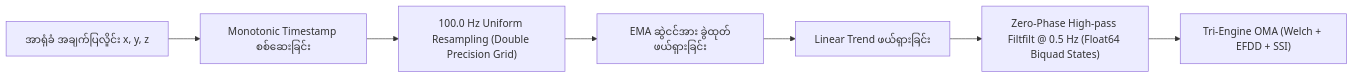
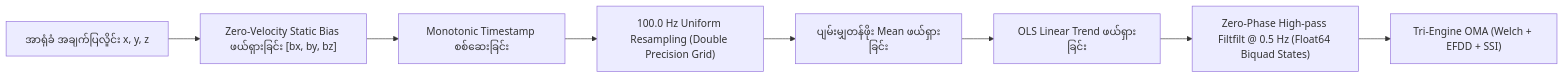
One commit to intellibits28/PhoneSHM changed the diagram in docs/my/DSP_AND_MODAL_ANALYSIS_MY.md. Above: the diagram before and after it, drawn with Mermaid. The commit also changed other lines of this file and 26 other files, not shown here.

````diff
--- a/docs/my/DSP_AND_MODAL_ANALYSIS_MY.md
+++ b/docs/my/DSP_AND_MODAL_ANALYSIS_MY.md
@@ -19,9 +19,10 @@
 ```mermaid
 flowchart LR
-    Raw["အာရုံခံ အချက်ပြလှိုင်း x, y, z"] --> Monotonic[Monotonic Timestamp စစ်ဆေးခြင်း]
+    Raw["အာရုံခံ အချက်ပြလှိုင်း x, y, z"] --> BiasSub["Zero-Velocity Static Bias ဖယ်ရှားခြင်း [bx, by, bz]"]
+    BiasSub --> Monotonic[Monotonic Timestamp စစ်ဆေးခြင်း]
     Monotonic --> Resample["100.0 Hz Uniform Resampling (Double Precision Grid)"]
-    Resample --> EMA[EMA ဆွဲငင်အား ခွဲထုတ်ဖယ်ရှားခြင်း]
-    EMA --> Detrend[Linear Trend ဖယ်ရှားခြင်း]
+    Resample --> MeanSub[ပျမ်းမျှတန်ဖိုး Mean ဖယ်ရှားခြင်း]
+    MeanSub --> Detrend[OLS Linear Trend ဖယ်ရှားခြင်း]
     Detrend --> FiltFilt["Zero-Phase High-pass Filtfilt @ 0.5 Hz (Float64 Biquad States)"]
     FiltFilt --> TriEngine["Tri-Engine OMA (Welch + EFDD + SSI)"]
 ```
````
